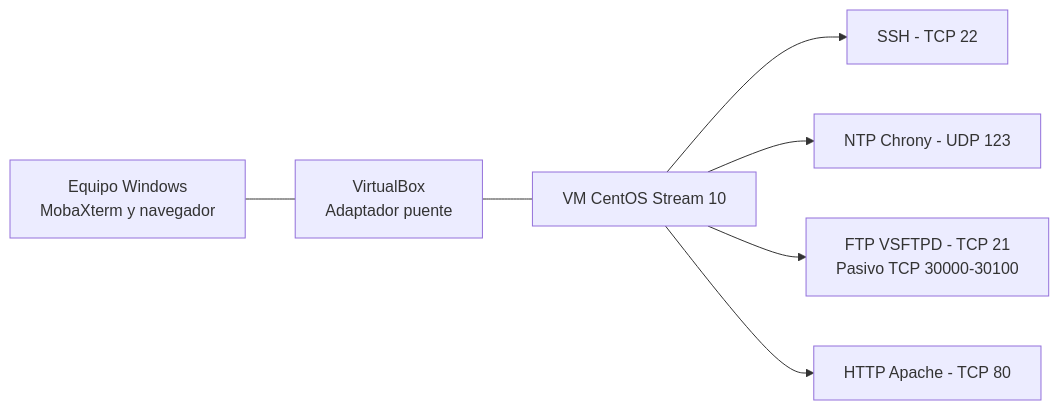
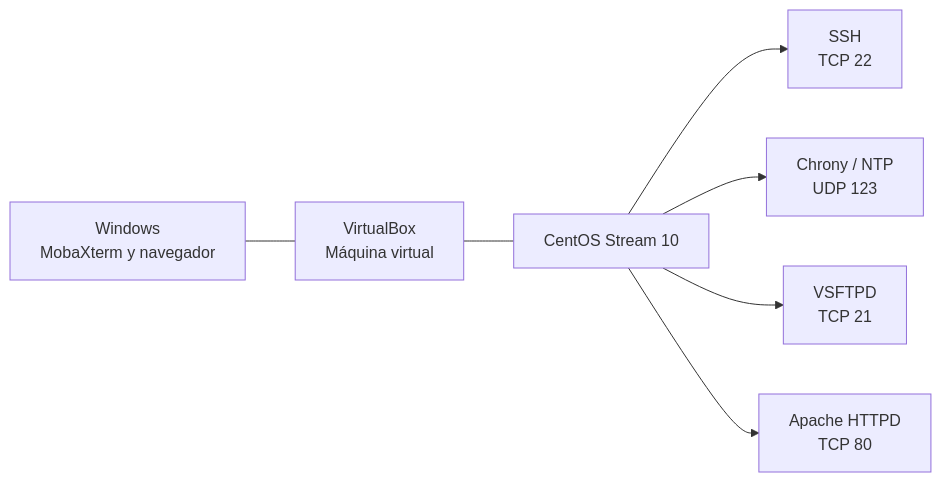
Before and after one commit to franklinluna-cmyk/SERVIDOR-NTP-CENTOS10: the diagram in wiki/00-ARQUITECTURA-Y-MATRIZ.md, drawn with Mermaid. The commit also changed other lines of this file, not shown here.

````diff
--- a/wiki/00-ARQUITECTURA-Y-MATRIZ.md
+++ b/wiki/00-ARQUITECTURA-Y-MATRIZ.md
@@ -9,16 +9,16 @@
 ```mermaid
 flowchart LR
-    W[Equipo Windows<br/>MobaXterm y navegador]
-    V[VirtualBox<br/>Adaptador puente]
-    C[VM CentOS Stream 10]
-    S1[SSH - TCP 22]
-    S2[NTP Chrony - UDP 123]
-    S3[FTP VSFTPD - TCP 21<br/>Pasivo TCP 30000-30100]
-    S4[HTTP Apache - TCP 80]
-    W --- V
-    V --- C
-    C --> S1
-    C --> S2
-    C --> S3
-    C --> S4
+    W[Windows<br/>MobaXterm y navegador]
+    VB[VirtualBox<br/>Máquina virtual]
+    C[CentOS Stream 10]
+    SSH[SSH<br/>TCP 22]
+    NTP[Chrony / NTP<br/>UDP 123]
+    FTP[VSFTPD<br/>TCP 21]
+    HTTP[Apache HTTPD<br/>TCP 80]
+    W --- VB
+    VB --- C
+    C --> SSH
+    C --> NTP
+    C --> FTP
+    C --> HTTP
 ```
````
